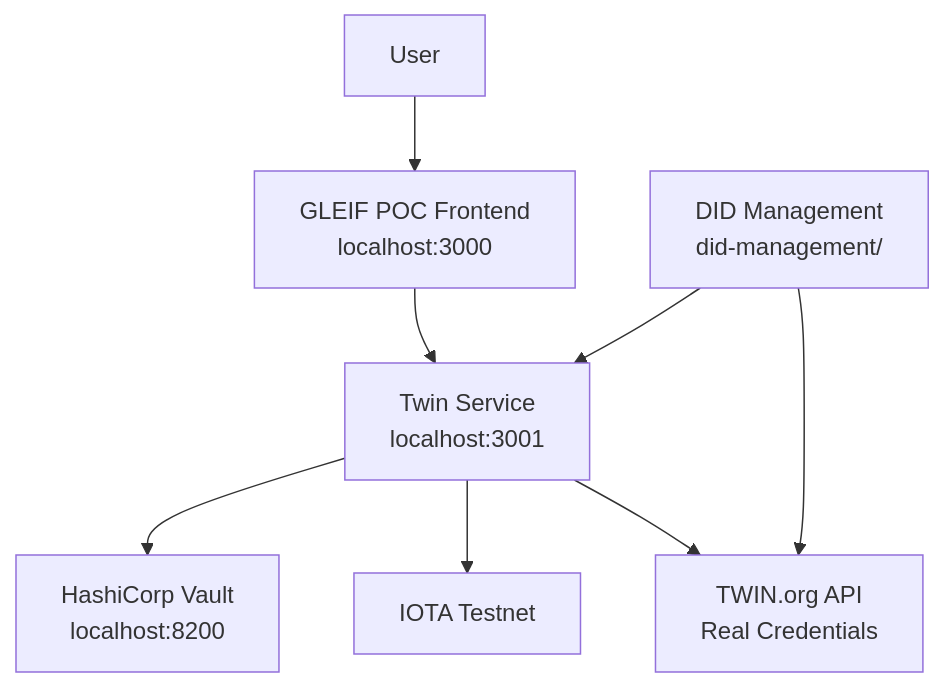
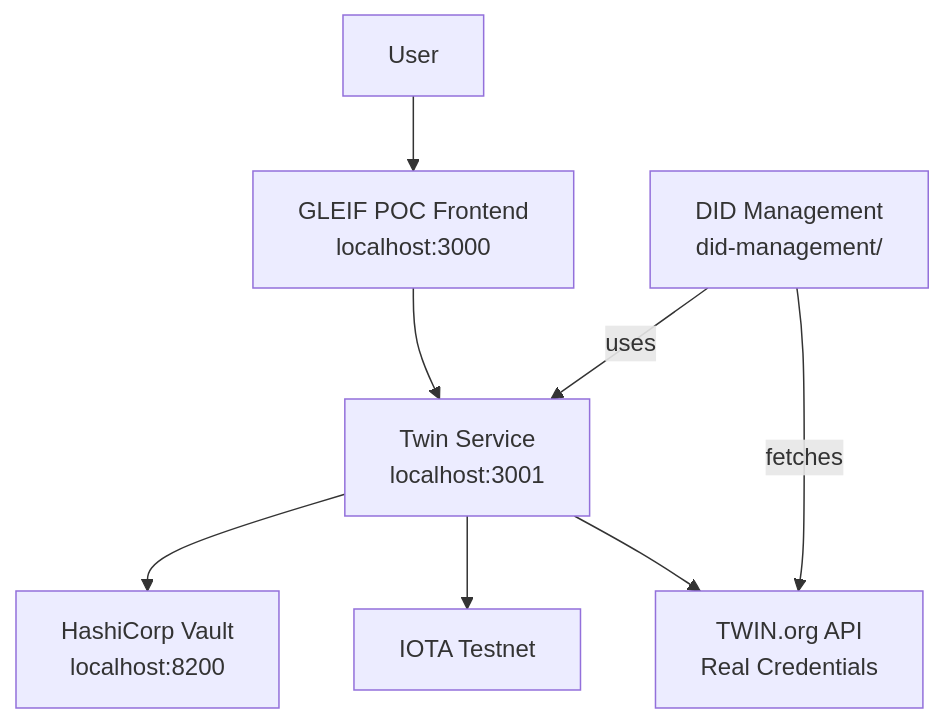
One commit to gtscio/gleif-poc changed the diagram in README.md. Above: the diagram before and after it, drawn with Mermaid.

````diff
--- a/README.md
+++ b/README.md
@@ -58,10 +58,10 @@
 ```mermaid
 graph TD
     A[User] --> B[GLEIF POC Frontend<br/>localhost:3000]
     B --> C[Twin Service<br/>localhost:3001]
     C --> D[HashiCorp Vault<br/>localhost:8200]
     C --> E[IOTA Testnet]
     C --> F[TWIN.org API<br/>Real Credentials]
-    G[DID Management<br/>did-management/] --> C
-    G --> F
+    G[DID Management<br/>did-management/] -->|uses| C
+    G -->|fetches| F
 ```
````
